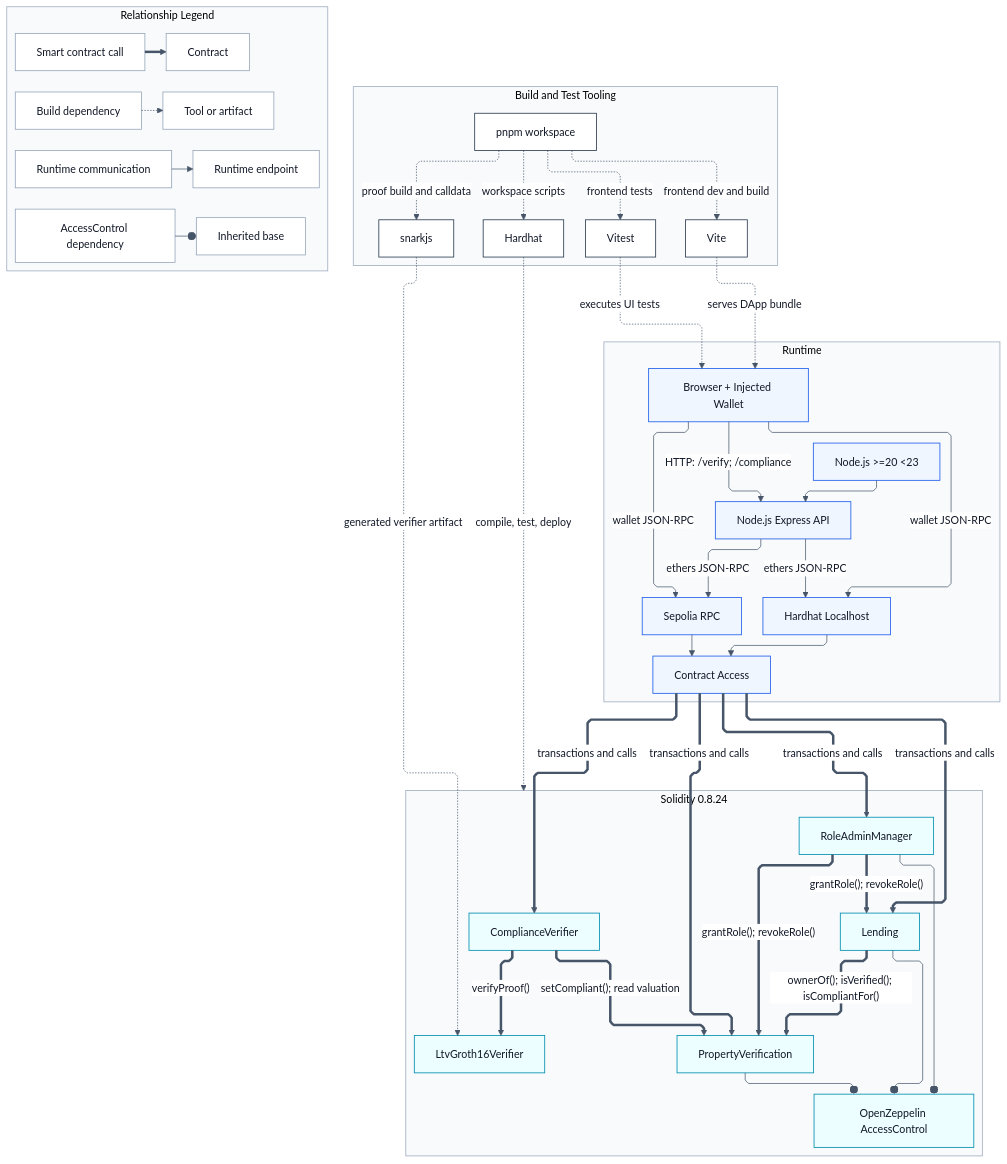
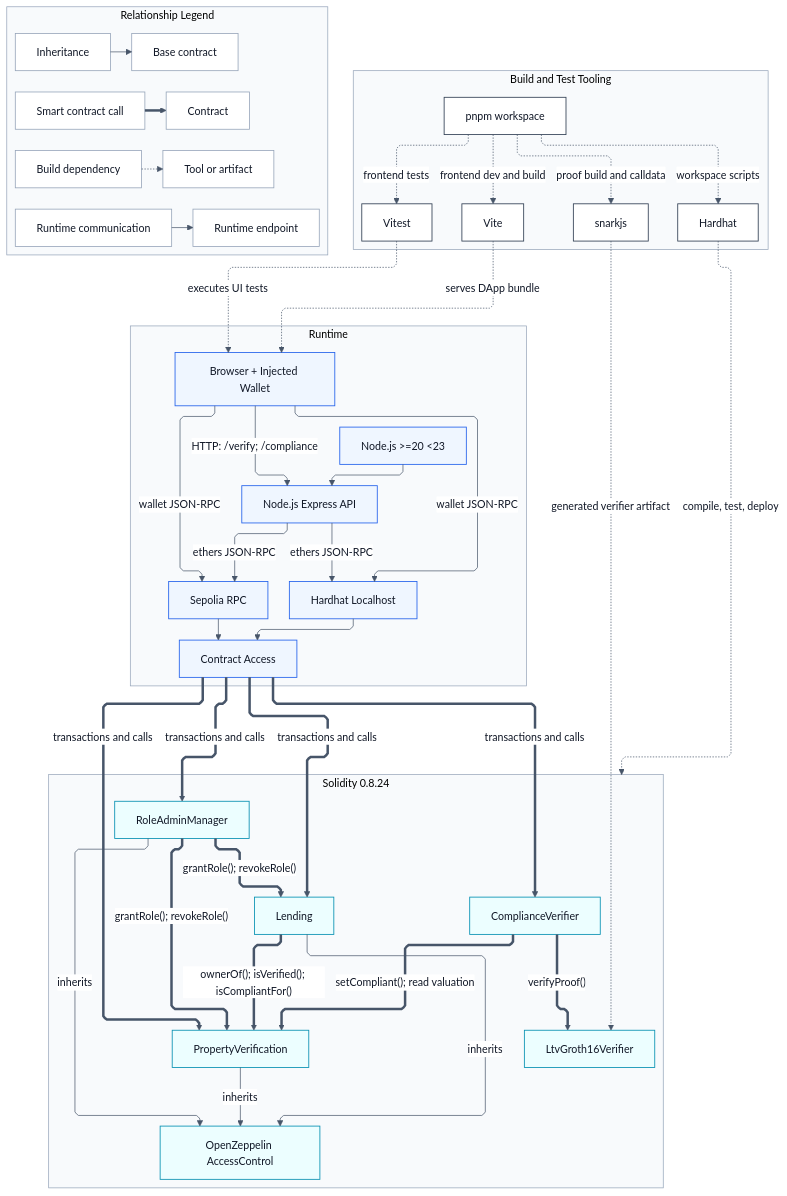
Before and after one commit to Alan42x/proofestate: the diagram in docs/figures/03-technical-architecture.mmd, drawn with Mermaid. The commit also changed 7 other files, not shown here.

```diff
--- a/docs/figures/03-technical-architecture.mmd
+++ b/docs/figures/03-technical-architecture.mmd
@@ -1,80 +1,80 @@
 %%{init: {"theme": "base", "flowchart": {"defaultRenderer": "elk", "curve": "linear", "nodeSpacing": 54, "rankSpacing": 78, "wrappingWidth": 165, "diagramPadding": 18}, "elk": {"mergeEdges": false, "nodePlacementStrategy": "NETWORK_SIMPLEX", "nodePlacementAlignment": "BALANCED"}, "themeVariables": {"fontFamily": "Arial", "fontSize": "15px", "primaryColor": "#ffffff", "primaryTextColor": "#111827", "primaryBorderColor": "#64748b", "lineColor": "#475569", "clusterBkg": "#f8fafc", "clusterBorder": "#94a3b8", "edgeLabelBackground": "#ffffff"}}}%%
 flowchart TB
   subgraph Tooling["Build and Test Tooling"]
     direction LR
     PNPM["pnpm workspace"]
     Hardhat["Hardhat"]
     Vite["Vite"]
     Vitest["Vitest"]
     Snarkjs["snarkjs"]
   end
 
   subgraph Runtime["Runtime"]
     direction LR
     NodeRuntime["Node.js >=20 <23"]
     ExpressAPI["Node.js Express API"]
     BrowserWallet["Browser + Injected Wallet"]
     HardhatRPC["Hardhat Localhost"]
     SepoliaRPC["Sepolia RPC"]
     ContractAccess["Contract Access"]
   end
 
   subgraph Solidity["Solidity 0.8.24"]
     direction LR
     AccessControl["OpenZeppelin AccessControl"]
     RoleAdminManager["RoleAdminManager"]
     Lending["Lending"]
     PropertyVerification["PropertyVerification"]
     ComplianceVerifier["ComplianceVerifier"]
     LtvGroth16Verifier["LtvGroth16Verifier"]
   end
 
   subgraph Legend["Relationship Legend"]
     direction LR
     BuildA["Build dependency"] -.-> BuildB["Tool or artifact"]
     RuntimeA["Runtime communication"] --> RuntimeB["Runtime endpoint"]
     CallA["Smart contract call"] ==> CallB["Contract"]
-    AccessA["AccessControl dependency"] --o AccessB["Inherited base"]
+    AccessA["Inheritance"] --> AccessB["Base contract"]
   end
 
   PNPM -.->|workspace scripts| Hardhat
   PNPM -.->|frontend dev and build| Vite
   PNPM -.->|frontend tests| Vitest
   PNPM -.->|proof build and calldata| Snarkjs
   Hardhat -.->|compile, test, deploy| Solidity
   Snarkjs -.->|generated verifier artifact| LtvGroth16Verifier
   Vite -.->|serves DApp bundle| BrowserWallet
   Vitest -.->|executes UI tests| BrowserWallet
 
   NodeRuntime --> ExpressAPI
   BrowserWallet -->|"HTTP: /verify; /compliance"| ExpressAPI
   BrowserWallet -->|wallet JSON-RPC| HardhatRPC
   BrowserWallet -->|wallet JSON-RPC| SepoliaRPC
   ExpressAPI -->|ethers JSON-RPC| HardhatRPC
   ExpressAPI -->|ethers JSON-RPC| SepoliaRPC
   HardhatRPC --> ContractAccess
   SepoliaRPC --> ContractAccess
 
   ContractAccess ==>|transactions and calls| RoleAdminManager
   ContractAccess ==>|transactions and calls| Lending
   ContractAccess ==>|transactions and calls| PropertyVerification
   ContractAccess ==>|transactions and calls| ComplianceVerifier
 
   ComplianceVerifier ==>|"verifyProof()"| LtvGroth16Verifier
   ComplianceVerifier ==>|"setCompliant(); read valuation"| PropertyVerification
   Lending ==>|"ownerOf(); isVerified(); isCompliantFor()"| PropertyVerification
   RoleAdminManager ==>|"grantRole(); revokeRole()"| PropertyVerification
   RoleAdminManager ==>|"grantRole(); revokeRole()"| Lending
 
-  RoleAdminManager --o AccessControl
-  Lending --o AccessControl
-  PropertyVerification --o AccessControl
+  RoleAdminManager -->|inherits| AccessControl
+  Lending -->|inherits| AccessControl
+  PropertyVerification -->|inherits| AccessControl
 
   classDef legend fill:#ffffff,stroke:#94a3b8,stroke-width:1.1px,color:#111827;
   classDef tool fill:#ffffff,stroke:#334155,stroke-width:1.2px,color:#111827;
   classDef runtime fill:#eff6ff,stroke:#2563eb,stroke-width:1.2px,color:#111827;
   classDef contract fill:#ecfeff,stroke:#0891b2,stroke-width:1.2px,color:#111827;
   class BuildA,BuildB,RuntimeA,RuntimeB,CallA,CallB,AccessA,AccessB legend;
   class PNPM,Hardhat,Vite,Vitest,Snarkjs tool;
   class NodeRuntime,ExpressAPI,BrowserWallet,HardhatRPC,SepoliaRPC,ContractAccess runtime;
   class AccessControl,RoleAdminManager,Lending,PropertyVerification,ComplianceVerifier,LtvGroth16Verifier contract;
```
